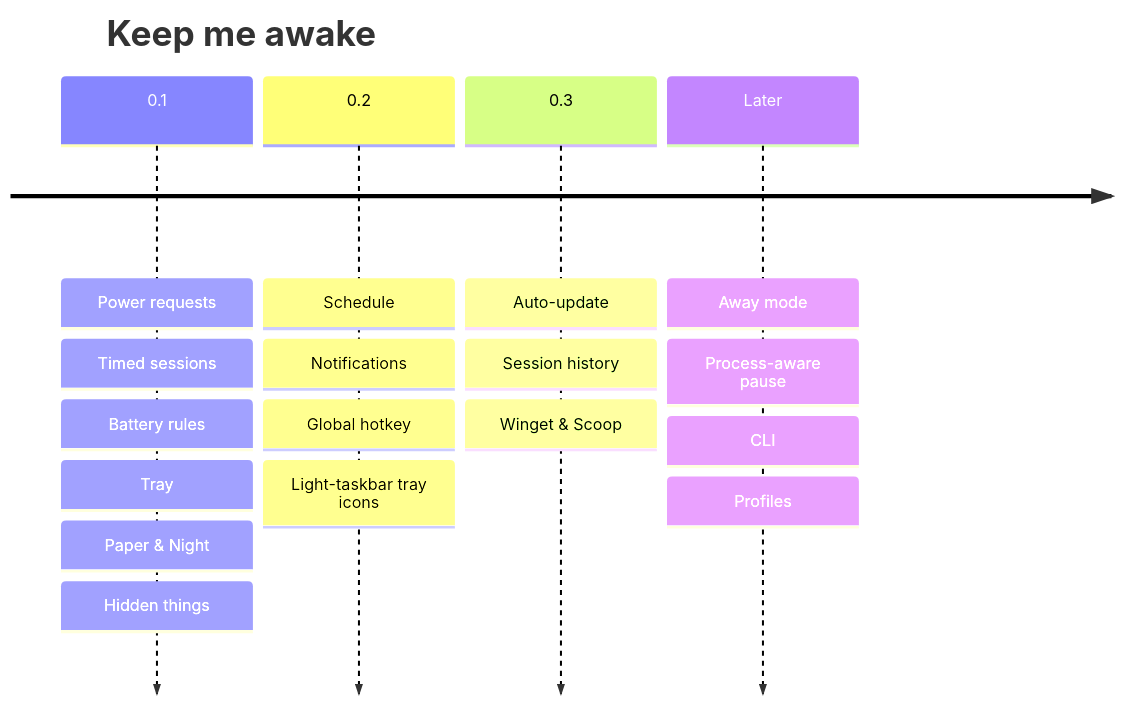
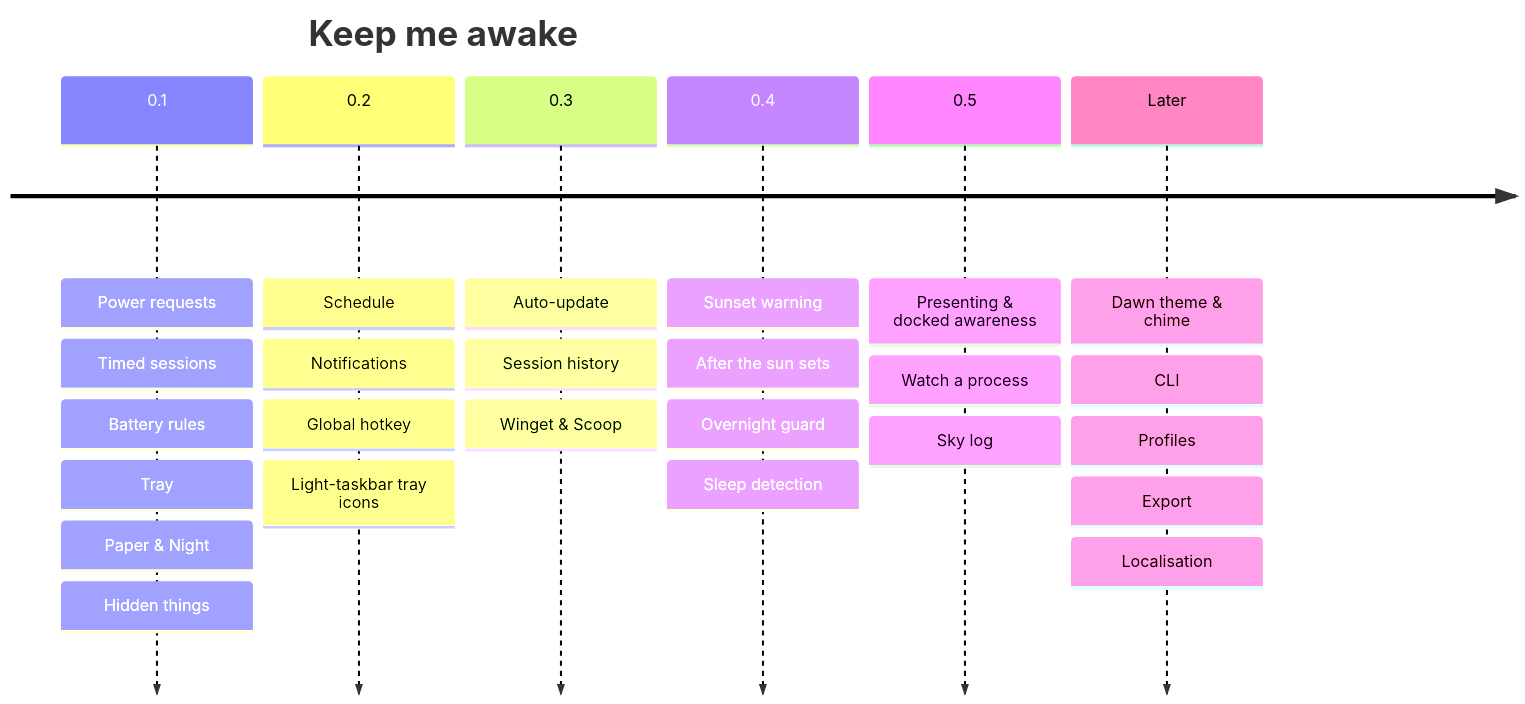
One commit to ax5hay/KeepMeAwake changed the diagram in docs/roadmap.md. Above: the diagram before and after it, drawn with Mermaid. The commit also changed other lines of this file and 10 other files, not shown here.

````diff
--- a/docs/roadmap.md
+++ b/docs/roadmap.md
@@ -7,8 +8,10 @@
 ```mermaid
 timeline
     title Keep me awake
     0.1 : Power requests : Timed sessions : Battery rules : Tray : Paper & Night : Hidden things
     0.2 : Schedule : Notifications : Global hotkey : Light-taskbar tray icons
     0.3 : Auto-update : Session history : Winget & Scoop
-    Later : Away mode : Process-aware pause : CLI : Profiles
+    0.4 : Sunset warning : After the sun sets : Overnight guard : Sleep detection
+    0.5 : Presenting & docked awareness : Watch a process : Sky log
+    Later : Dawn theme & chime : CLI : Profiles : Export : Localisation
 ```
````
